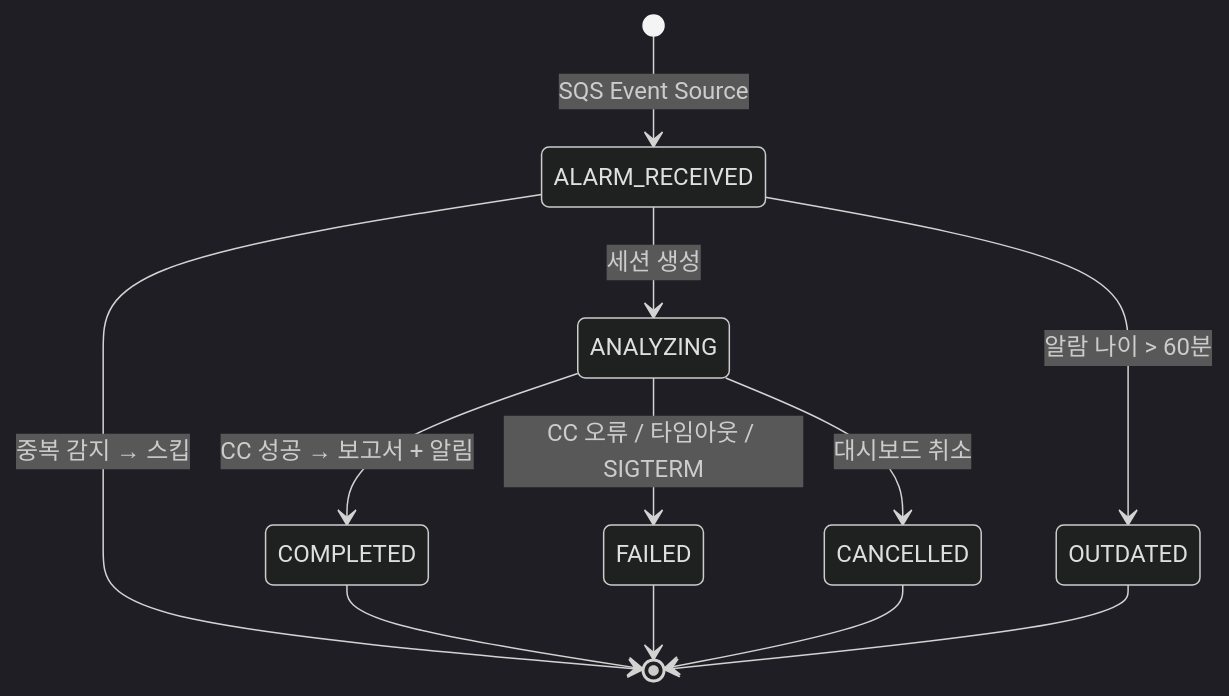
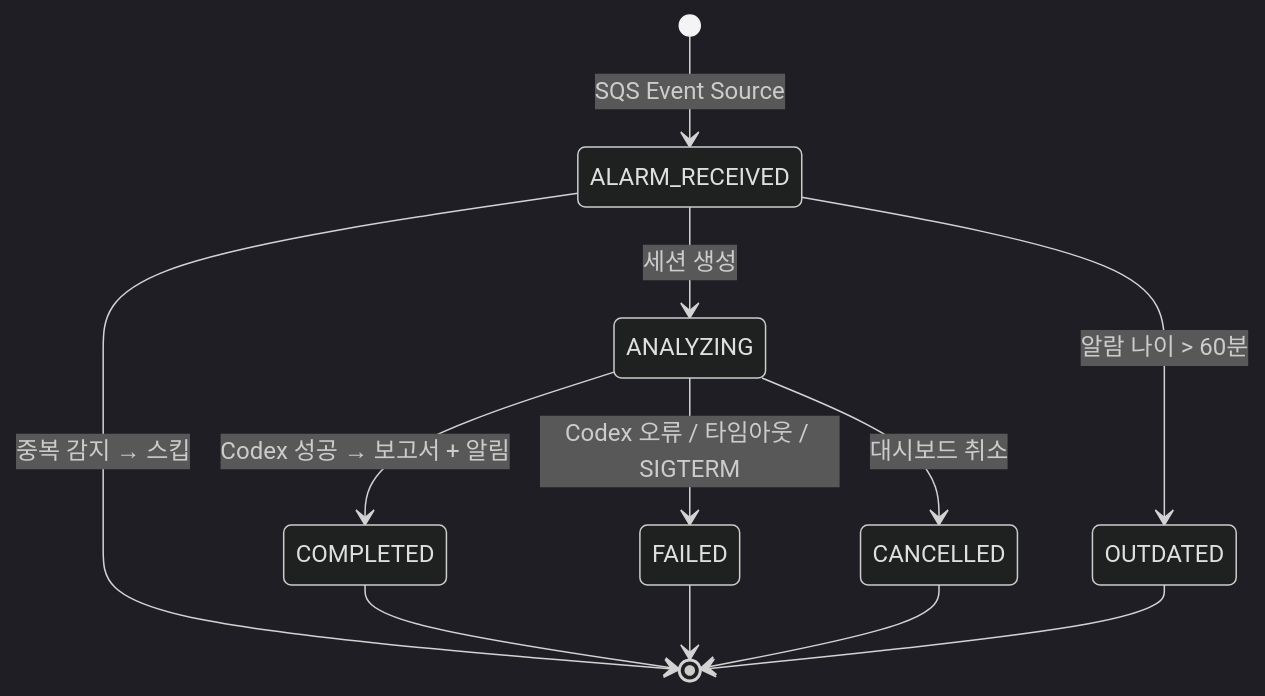
One commit to haandol/rca-agent changed diagram 19 of 25 in docs/system-guide-for-ops.md. Above: the diagram before and after it, drawn with Mermaid (dark theme). The commit also changed other lines of this file and 306 other files, not shown here.

````diff
--- a/docs/system-guide-for-ops.md
+++ b/docs/system-guide-for-ops.md
@@ -999,18 +999,18 @@
 ```mermaid
 stateDiagram-v2
     [*] --> ALARM_RECEIVED: SQS Event Source
 
     ALARM_RECEIVED --> ANALYZING: 세션 생성
     ALARM_RECEIVED --> [*]: 중복 감지 → 스킵
 
-    ANALYZING --> COMPLETED: CC 성공 → 보고서 + 알림
-    ANALYZING --> FAILED: CC 오류 / 타임아웃 / SIGTERM
+    ANALYZING --> COMPLETED: Codex 성공 → 보고서 + 알림
+    ANALYZING --> FAILED: Codex 오류 / 타임아웃 / SIGTERM
     ANALYZING --> CANCELLED: 대시보드 취소
 
     ALARM_RECEIVED --> OUTDATED: 알람 나이 > 60분
 
     COMPLETED --> [*]
     FAILED --> [*]
     CANCELLED --> [*]
     OUTDATED --> [*]
 ```
````
